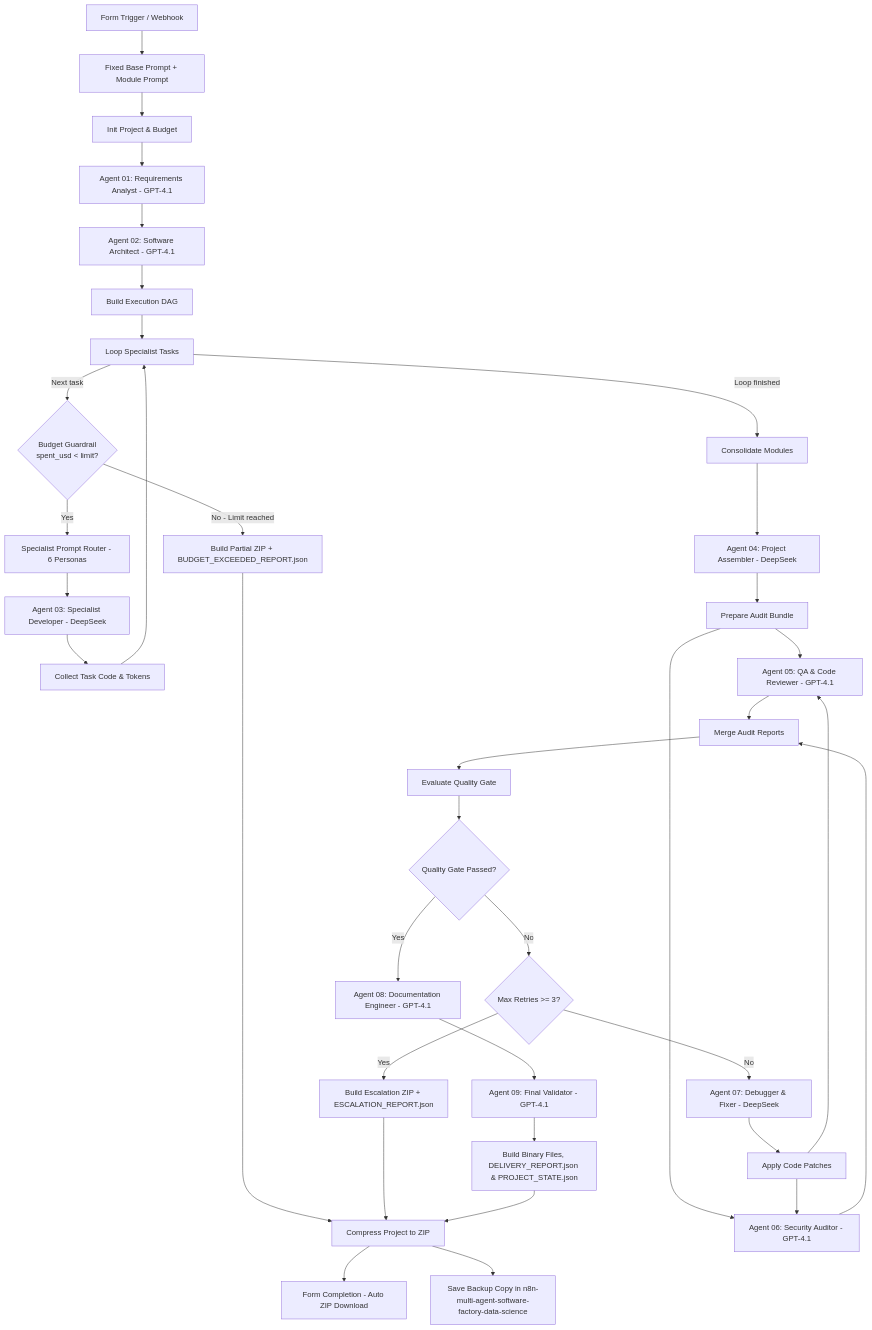
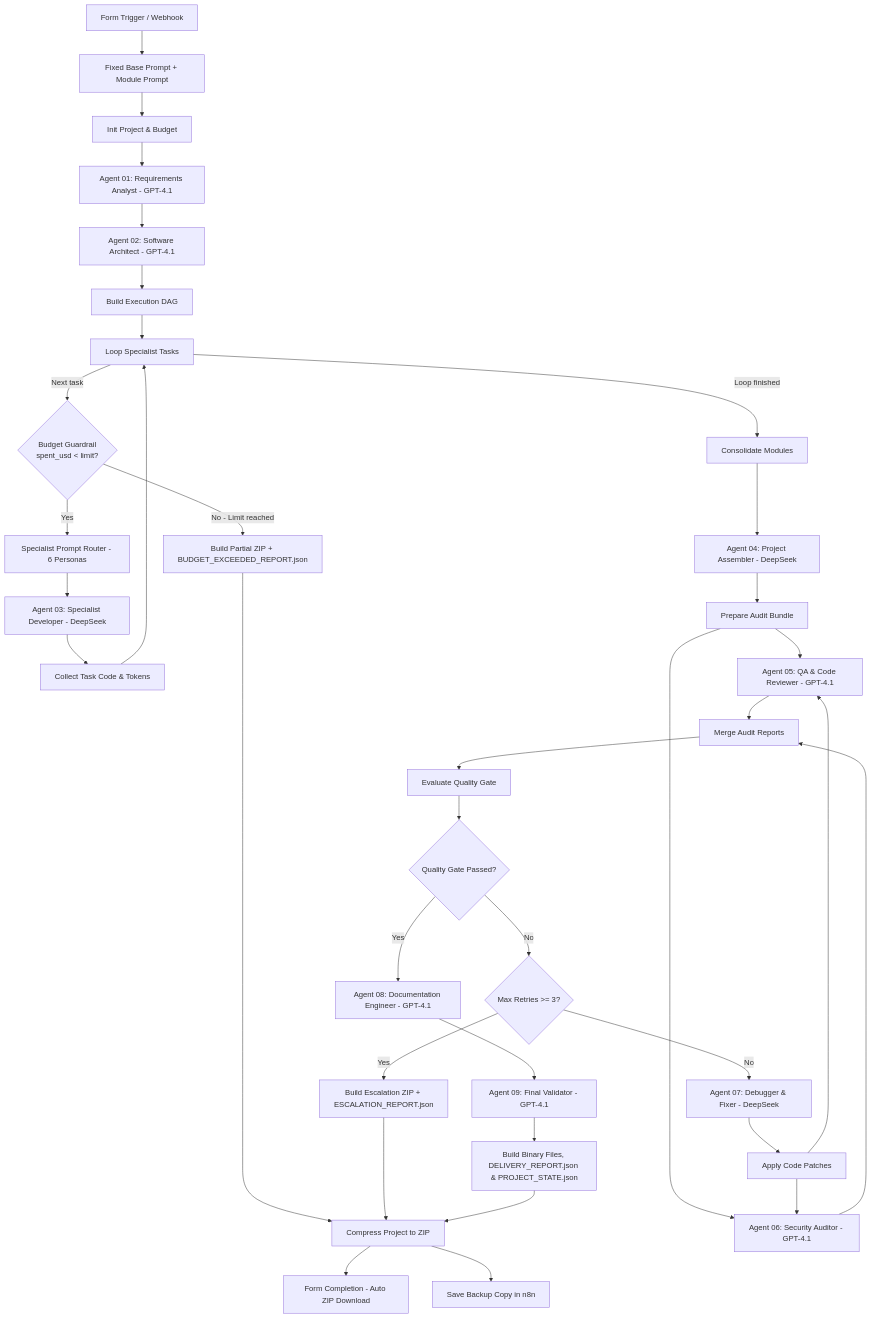
Before and after one commit to YohanVallier/n8n-multi-agent-software-factory-data-science: the first of 2 diagrams in README.md, drawn with Mermaid. The commit also changed other lines of this file, not shown here.

````diff
--- a/README.md
+++ b/README.md
@@ -57,46 +131,46 @@
 ```mermaid
 flowchart TD
     A[Form Trigger / Webhook] --> B[Fixed Base Prompt + Module Prompt]
     B --> C[Init Project & Budget]
     C --> D[Agent 01: Requirements Analyst - GPT-4.1]
     D --> E[Agent 02: Software Architect - GPT-4.1]
     E --> F[Build Execution DAG]
     F --> G[Loop Specialist Tasks]
 
     G -->|Next task| H{Budget Guardrail<br/>spent_usd < limit?}
     H -->|Yes| I[Specialist Prompt Router - 6 Personas]
     I --> J[Agent 03: Specialist Developer - DeepSeek]
     J --> K[Collect Task Code & Tokens]
     K --> G
 
     H -->|No - Limit reached| BP[Build Partial ZIP + BUDGET_EXCEEDED_REPORT.json]
     BP --> ZIP[Compress Project to ZIP]
 
     G -->|Loop finished| L[Consolidate Modules]
     L --> M[Agent 04: Project Assembler - DeepSeek]
     M --> N[Prepare Audit Bundle]
 
     N --> O1[Agent 05: QA & Code Reviewer - GPT-4.1]
     N --> O2[Agent 06: Security Auditor - GPT-4.1]
     O1 --> P[Merge Audit Reports]
     O2 --> P
     P --> Q[Evaluate Quality Gate]
     Q --> R{Quality Gate Passed?}
 
     R -->|No| S{Max Retries >= 3?}
     S -->|No| T[Agent 07: Debugger & Fixer - DeepSeek]
     T --> U[Apply Code Patches]
     U --> O1
     U --> O2
 
     S -->|Yes| ESC[Build Escalation ZIP + ESCALATION_REPORT.json]
     ESC --> ZIP
 
     R -->|Yes| V[Agent 08: Documentation Engineer - GPT-4.1]
     V --> W[Agent 09: Final Validator - GPT-4.1]
     W --> X[Build Binary Files, DELIVERY_REPORT.json & PROJECT_STATE.json]
     X --> ZIP
 
     ZIP --> OUT1[Form Completion - Auto ZIP Download]
-    ZIP --> OUT2[Save Backup Copy in n8n-multi-agent-software-factory-data-science]
+    ZIP --> OUT2[Save Backup Copy in n8n]
 ```
````
